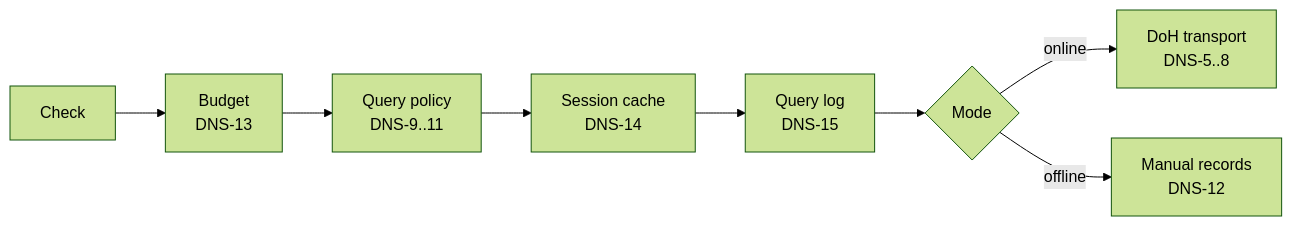
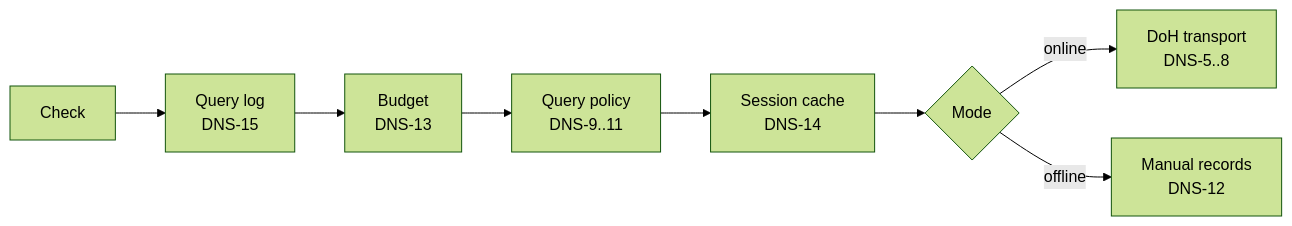
Before and after one commit to photom/benchside: the second of 2 diagrams in docs/reference/mail/dns.md, drawn with Mermaid (forest theme). The commit also changed other lines of this file and 8 other files, not shown here.

````diff
--- a/docs/reference/mail/dns.md
+++ b/docs/reference/mail/dns.md
@@ -36,6 +36,6 @@
 ```mermaid
 flowchart LR
-  check[Check] --> budget[Budget<br/>DNS-13] --> policy[Query policy<br/>DNS-9..11] --> cache[Session cache<br/>DNS-14] --> log[Query log<br/>DNS-15] --> transport{Mode}
+  check[Check] --> log[Query log<br/>DNS-15] --> budget[Budget<br/>DNS-13] --> policy[Query policy<br/>DNS-9..11] --> cache[Session cache<br/>DNS-14] --> transport{Mode}
   transport -->|online| doh[DoH transport<br/>DNS-5..8]
   transport -->|offline| manual[Manual records<br/>DNS-12]
 ```
````
